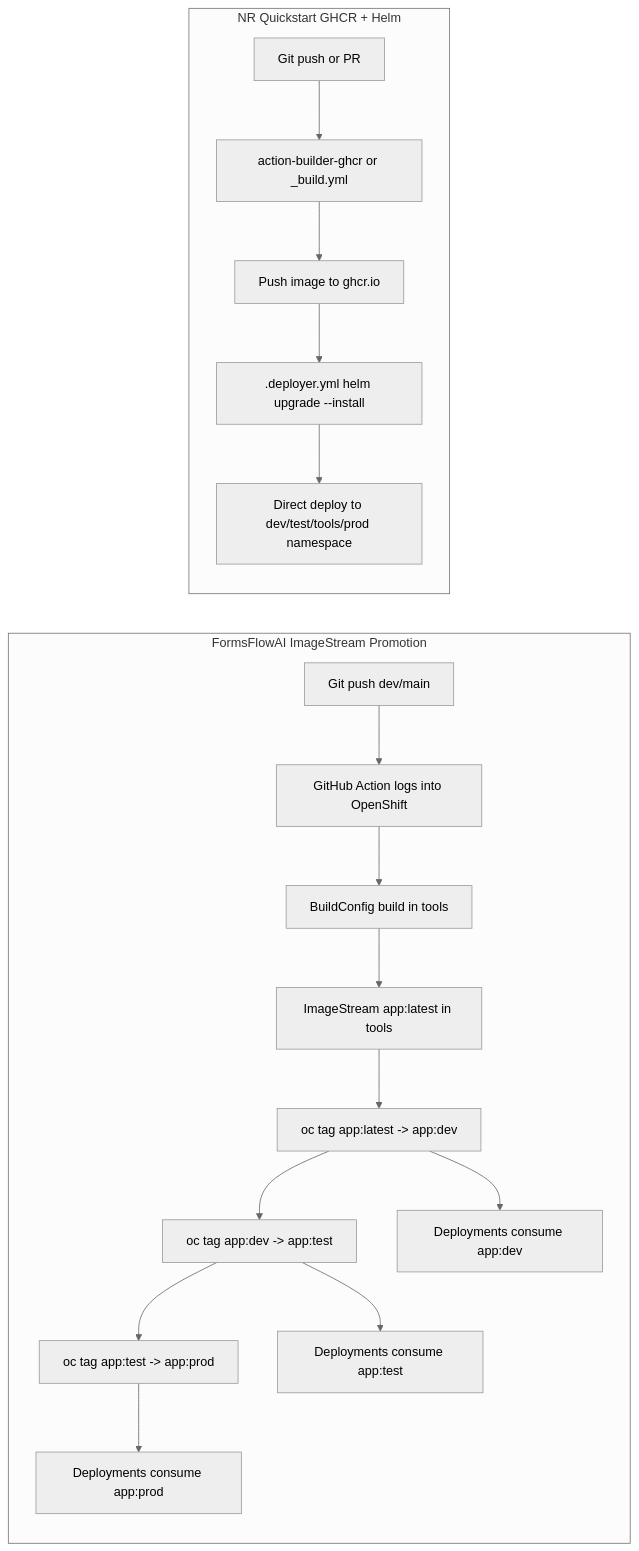
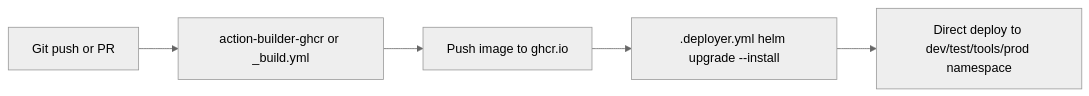
The second of 4 diagrams in docs/devops.md (bcgov/nr-epd-digital-services), drawn with Mermaid (neutral theme) before and after one commit. The commit also changed other lines of this file and 461 other files, not shown here.

````diff
--- a/docs/devops.md
+++ b/docs/devops.md
@@ -69,21 +58,7 @@
 ```mermaid
 flowchart LR
-  subgraph F[FormsFlowAI ImageStream Promotion]
-    F1[Git push dev/main] --> F2[GitHub Action logs into OpenShift]
-    F2 --> F3[BuildConfig build in tools]
-    F3 --> F4[ImageStream app:latest in tools]
-    F4 --> F5[oc tag app:latest -> app:dev]
-    F5 --> F6[oc tag app:dev -> app:test]
-    F6 --> F7[oc tag app:test -> app:prod]
-    F5 --> F8[Deployments consume app:dev]
-    F6 --> F9[Deployments consume app:test]
-    F7 --> F10[Deployments consume app:prod]
-  end
-
-  subgraph Q[NR Quickstart GHCR + Helm]
-    Q1[Git push or PR] --> Q2[action-builder-ghcr or _build.yml]
-    Q2 --> Q3[Push image to ghcr.io]
-    Q3 --> Q4[.deployer.yml helm upgrade --install]
-    Q4 --> Q5[Direct deploy to dev/test/tools/prod namespace]
-  end
+  Q1[Git push or PR] --> Q2[action-builder-ghcr or _build.yml]
+  Q2 --> Q3[Push image to ghcr.io]
+  Q3 --> Q4[.deployer.yml helm upgrade --install]
+  Q4 --> Q5[Direct deploy to dev/test/tools/prod namespace]
 ```
````
